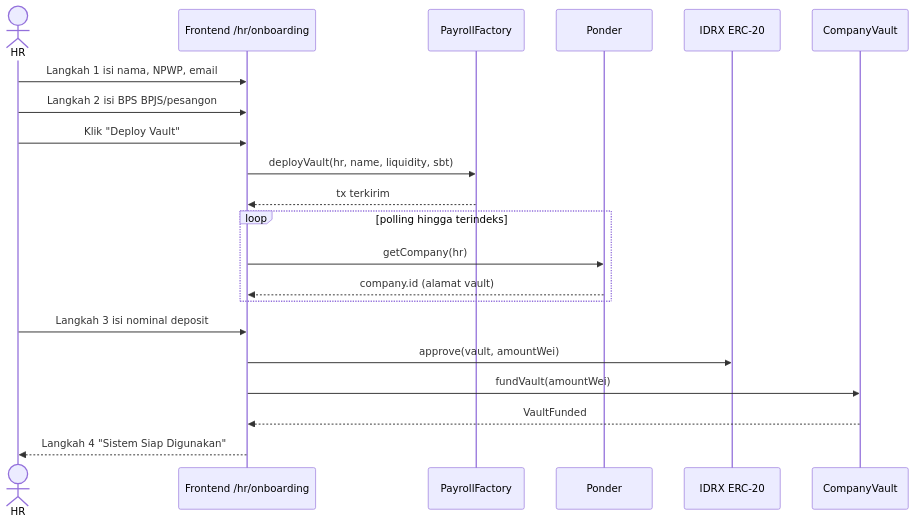
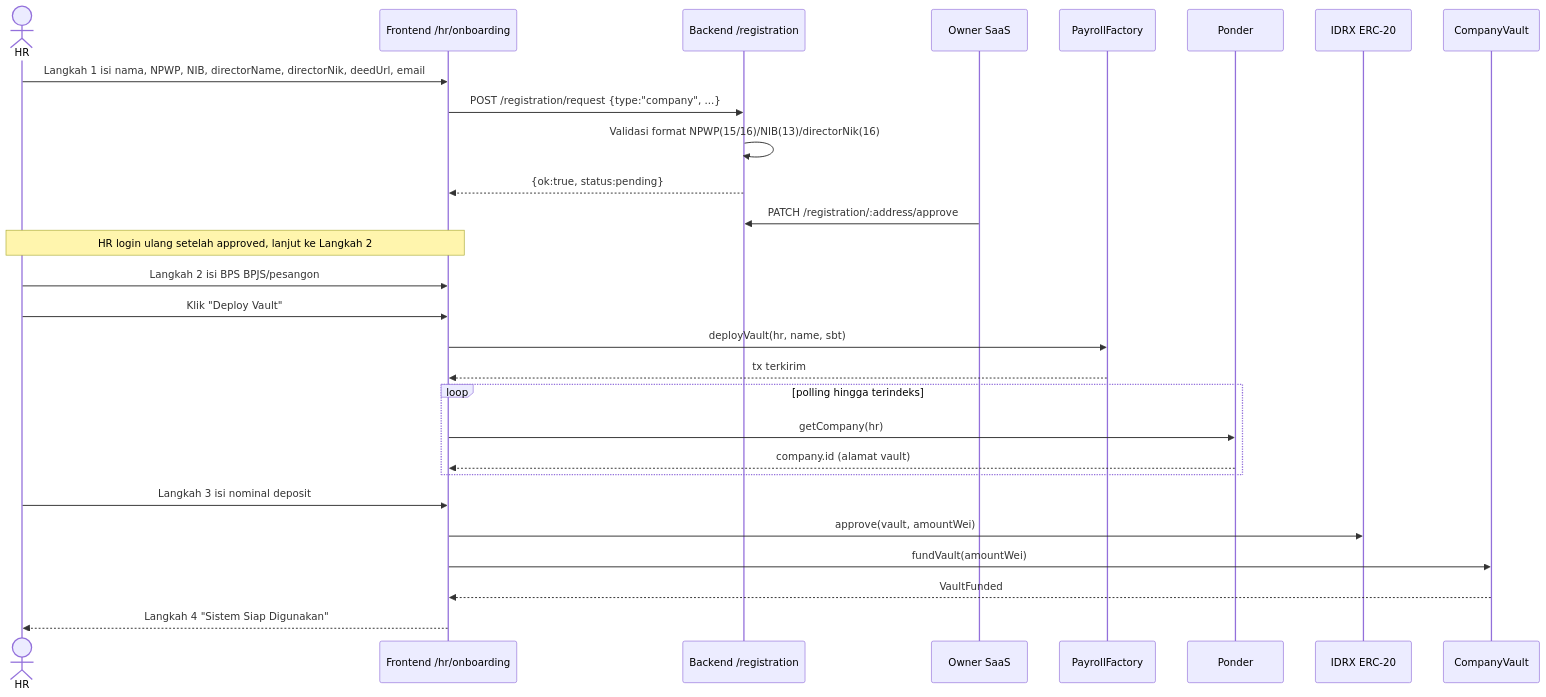
Before and after one commit to skripsi-payroll-dapp/docs: diagram 17 of 46 in docs/DPPL.md, drawn with Mermaid. The commit also changed other lines of this file and 54 other files, not shown here.

````diff
--- a/docs/DPPL.md
+++ b/docs/DPPL.md
@@ -2001,23 +2030,30 @@
 ```mermaid
 sequenceDiagram
     actor HR
     participant FE as Frontend /hr/onboarding
+    participant BE as Backend /registration
+    participant OWNER as Owner SaaS
     participant F as PayrollFactory
     participant PO as Ponder
     participant IDRX as IDRX ERC-20
     participant V as CompanyVault
-    HR->>FE: Langkah 1 isi nama, NPWP, email
+    HR->>FE: Langkah 1 isi nama, NPWP, NIB, directorName, directorNik, deedUrl, email
+    FE->>BE: POST /registration/request {type:"company", ...}
+    BE->>BE: Validasi format NPWP(15/16)/NIB(13)/directorNik(16)
+    BE-->>FE: {ok:true, status:pending}
+    OWNER->>BE: PATCH /registration/:address/approve
+    Note over HR,FE: HR login ulang setelah approved, lanjut ke Langkah 2
     HR->>FE: Langkah 2 isi BPS BPJS/pesangon
     HR->>FE: Klik "Deploy Vault"
-    FE->>F: deployVault(hr, name, liquidity, sbt)
+    FE->>F: deployVault(hr, name, sbt)
     F-->>FE: tx terkirim
     loop polling hingga terindeks
         FE->>PO: getCompany(hr)
         PO-->>FE: company.id (alamat vault)
     end
     HR->>FE: Langkah 3 isi nominal deposit
     FE->>IDRX: approve(vault, amountWei)
     FE->>V: fundVault(amountWei)
     V-->>FE: VaultFunded
     FE-->>HR: Langkah 4 "Sistem Siap Digunakan"
 ```
````
